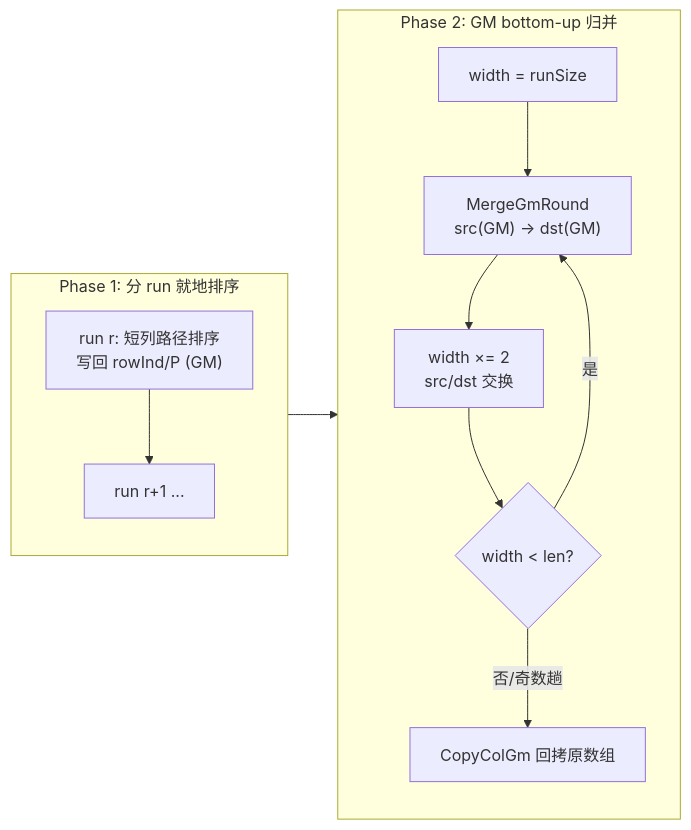
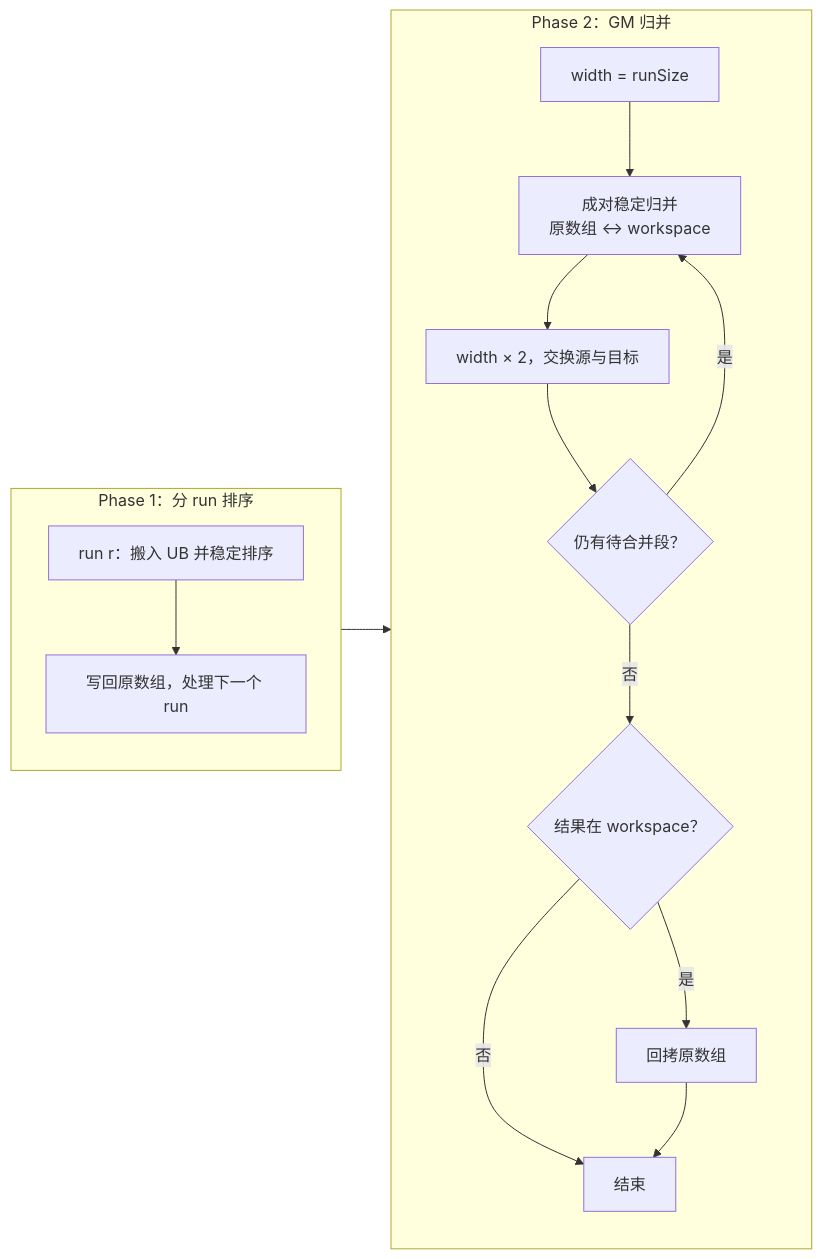
The fourth of 4 diagrams in 04_tasks/01_community-task-2026/tasklist/09-8-aclsparseXcscsort-A2A3/nuggets/docs/design.md (hicann/cann-ops-competitions), drawn with Mermaid before and after one commit. The commit also changed other lines of this file, not shown here.

````diff
--- a/04_tasks/01_community-task-2026/tasklist/09-8-aclsparseXcscsort-A2A3/nuggets/docs/design.md
+++ b/04_tasks/01_community-task-2026/tasklist/09-8-aclsparseXcscsort-A2A3/nuggets/docs/design.md
@@ -241,14 +210,17 @@
 ```mermaid
 flowchart LR
-    subgraph P1["Phase 1: 分 run 就地排序"]
-        R1["run r: 短列路径排序<br/>写回 rowInd/P (GM)"] --> R2["run r+1 ..."]
+    subgraph P1["Phase 1：分 run 排序"]
+        R1["run r：搬入 UB 并稳定排序"] --> R2["写回原数组，处理下一个 run"]
     end
-    subgraph P2["Phase 2: GM bottom-up 归并"]
-        M1["width = runSize"] --> M2["MergeGmRound<br/>src(GM) → dst(GM)"]
-        M2 --> M3["width ×= 2<br/>src/dst 交换"]
-        M3 --> M4{"width < len?"}
+    subgraph P2["Phase 2：GM 归并"]
+        M1["width = runSize"] --> M2["成对稳定归并<br/>原数组 ↔ workspace"]
+        M2 --> M3["width × 2，交换源与目标"]
+        M3 --> M4{"仍有待合并段？"}
         M4 -- 是 --> M2
-        M4 -- 否/奇数趟 --> CB["CopyColGm 回拷原数组"]
+        M4 -- 否 --> C{"结果在 workspace？"}
+        C -- 是 --> CB["回拷原数组"]
+        C -- 否 --> END["结束"]
+        CB --> END
     end
     P1 --> P2
 ```
````
